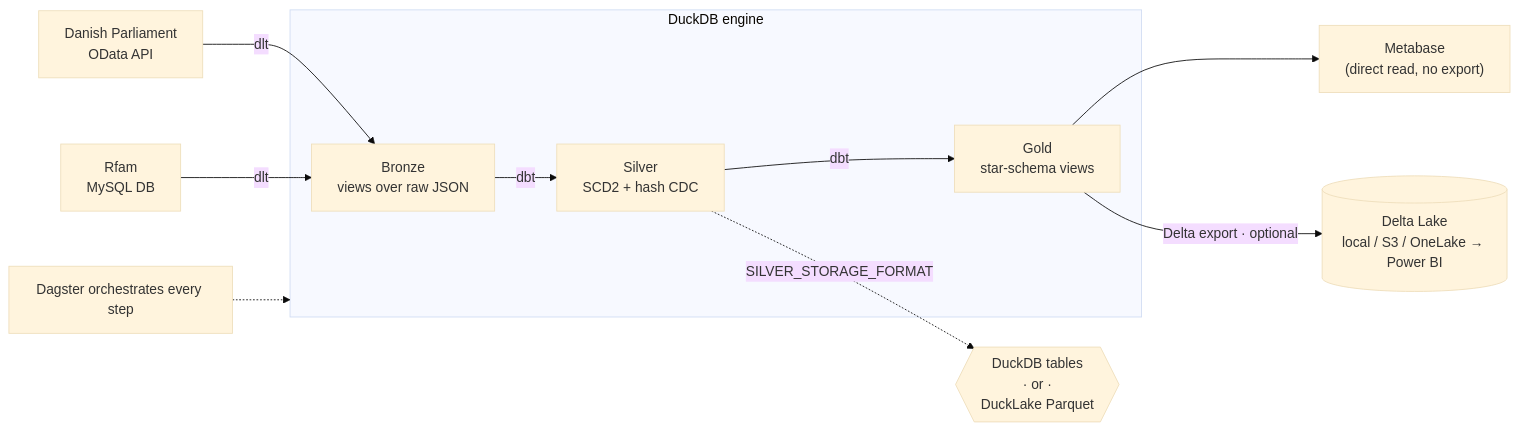
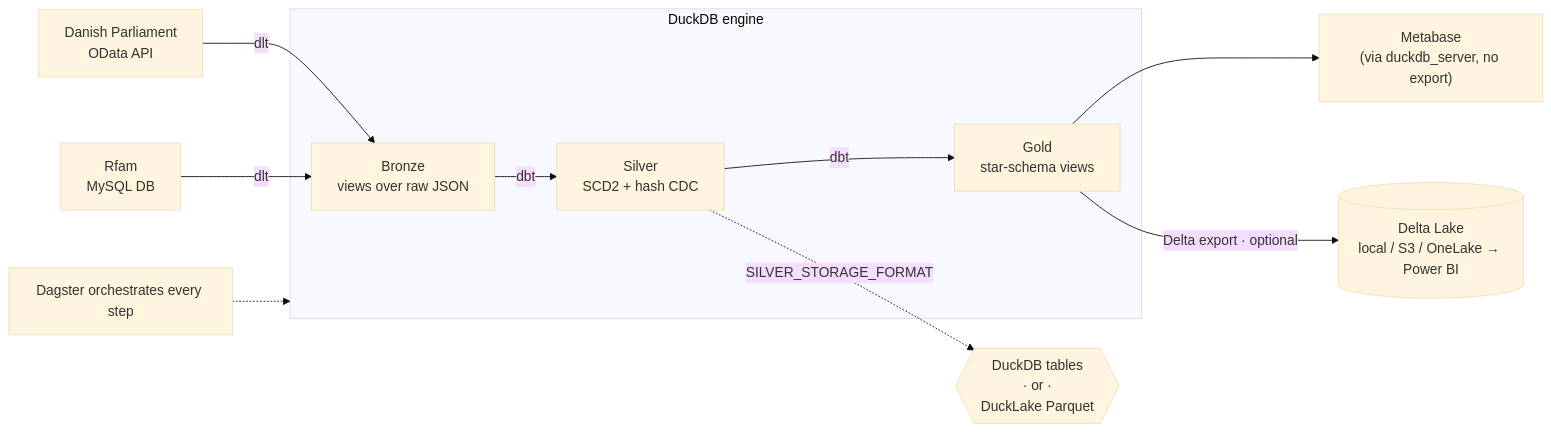
The first of 2 diagrams in documentation/talk_medallion_on_a_laptop.md (edwinweber/dbt_duckdb_demo_public), drawn with Mermaid (base theme) before and after one commit. The commit also changed other lines of this file and 33 other files, not shown here.

````diff
--- a/documentation/talk_medallion_on_a_laptop.md
+++ b/documentation/talk_medallion_on_a_laptop.md
@@ -68,13 +68,13 @@
 ```mermaid
 flowchart LR
     subgraph DUCK["DuckDB engine"]
         B["Bronze<br/>views over raw JSON"] -->|dbt| S["Silver<br/>SCD2 + hash CDC"]
         S -->|dbt| G["Gold<br/>star-schema views"]
     end
     DDD["Danish Parliament<br/>OData API"] -->|dlt| B
     RFAM["Rfam<br/>MySQL DB"] -->|dlt| B
     S -.->|SILVER_STORAGE_FORMAT| ST{{"DuckDB tables<br/>· or ·<br/>DuckLake Parquet"}}
-    G --> MB["Metabase<br/>(direct read, no export)"]
+    G --> MB["Metabase<br/>(via duckdb_server, no export)"]
     G -->|Delta export · optional| DL[("Delta Lake<br/>local / S3 / OneLake → Power BI")]
     DAG["Dagster orchestrates every step"] -.-> DUCK
 ```
````
